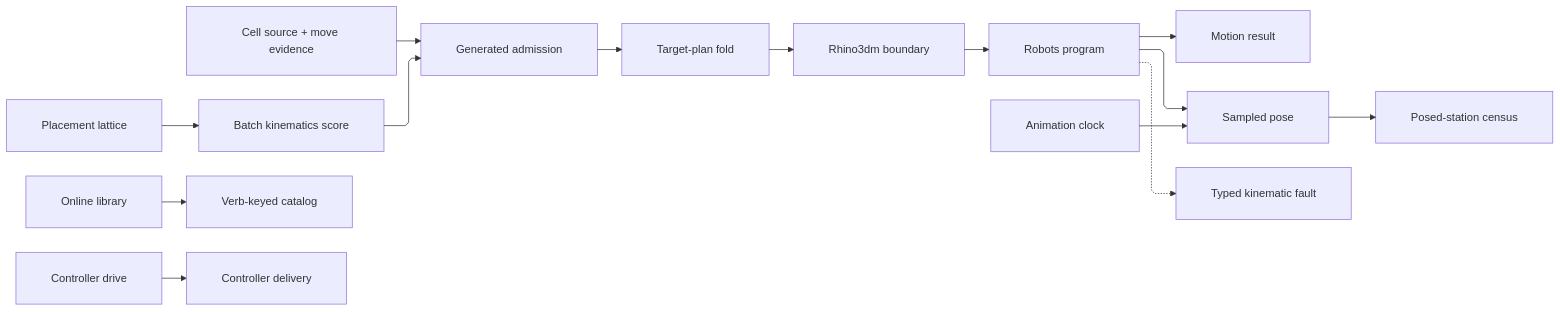
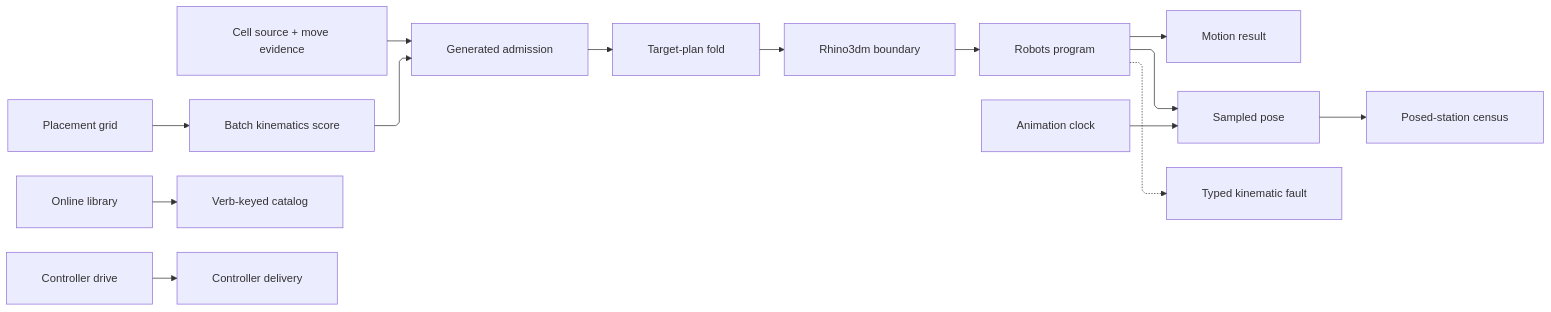
Before and after one commit to bsamiee/Rasm: the diagram in libs/dotnet/Rasm.Fabrication/.planning/Kinematics/cell.md, drawn with Mermaid. The commit also changed other lines of this file and 1997 other files, not shown here.

````diff
--- a/libs/dotnet/Rasm.Fabrication/.planning/Kinematics/cell.md
+++ b/libs/dotnet/Rasm.Fabrication/.planning/Kinematics/cell.md
@@ -941,25 +934,25 @@
 ```mermaid
 ---
 config:
   layout: elk
   flowchart:
     curve: linear
     padding: 25
 ---
 flowchart LR
     accTitle: Robot-cell lifecycle
     accDescr: Admitted cell identity and move evidence generate Cartesian or joint targets, cross the Rhino3dm boundary once, compile through the Robots program owner, fold provider diagnostics into typed faults, and project the frozen motion result or the sampled pose census while library and controller effects remain separate boundary modalities.
     Raw["Cell source + move evidence"] --> Admit["Generated admission"]
-    Search["Placement lattice"] --> Batch["Batch kinematics score"]
+    Search["Placement grid"] --> Batch["Batch kinematics score"]
     Batch --> Admit
     Admit --> Plan["Target-plan fold"]
     Plan --> Alias["Rhino3dm boundary"]
     Alias --> Program["Robots program"]
     Program --> Motion["Motion result"]
     Clock["Animation clock"] --> Sample["Sampled pose"]
     Program --> Sample
     Sample --> Census["Posed-station census"]
     Program -.-> Fault["Typed kinematic fault"]
     Library["Online library"] --> Catalog["Verb-keyed catalog"]
     Drive["Controller drive"] --> DriveFact["Controller delivery"]
 ```
````
